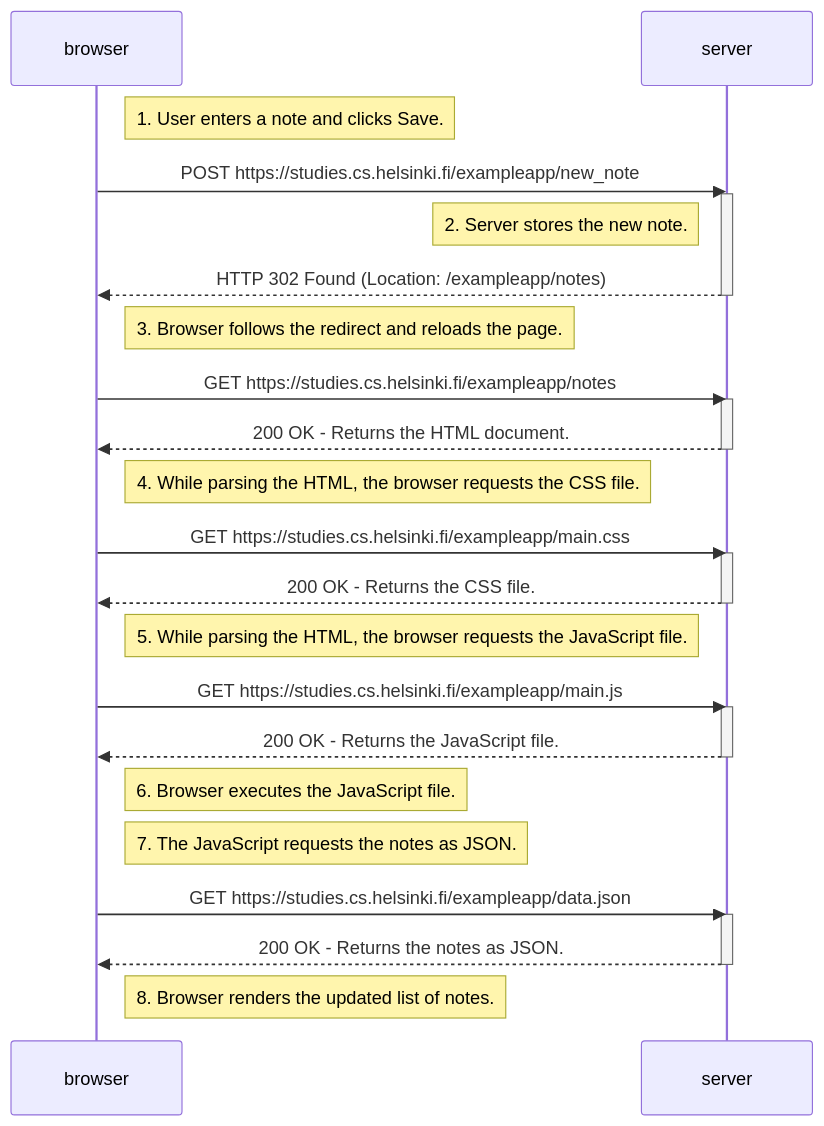
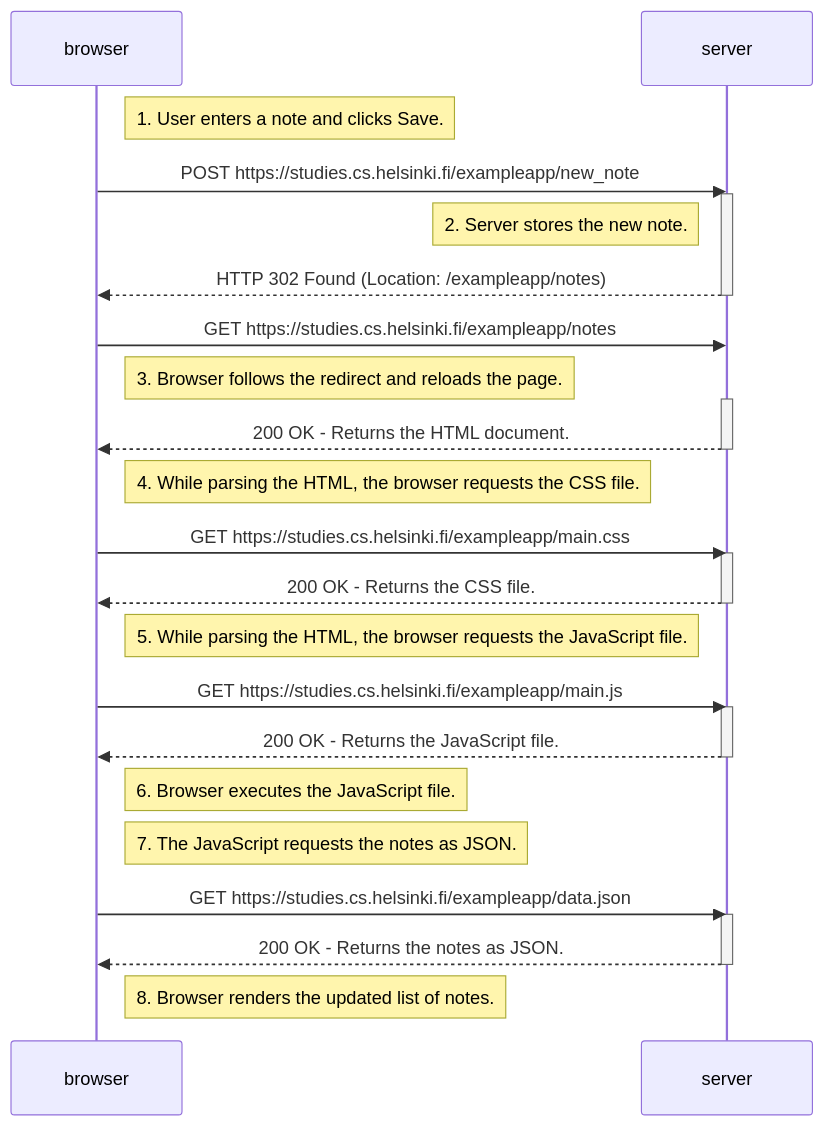
The diagram in osa0/0.4.md (DrFinger2/fullstackopen-2026), drawn with Mermaid before and after one commit.

````diff
--- a/osa0/0.4.md
+++ b/osa0/0.4.md
@@ -1,39 +1,40 @@
 ```mermaid
 sequenceDiagram
     participant browser
     participant server
 
     Note right of browser: 1. User enters a note and clicks Save.
     browser->>server: POST https://studies.cs.helsinki.fi/exampleapp/new_note
     activate server
     Note left of server: 2. Server stores the new note.
     server-->>browser: HTTP 302 Found (Location: /exampleapp/notes)
     deactivate server
 
+   
+    browser->>server: GET https://studies.cs.helsinki.fi/exampleapp/notes
     Note right of browser: 3. Browser follows the redirect and reloads the page.
-    browser->>server: GET https://studies.cs.helsinki.fi/exampleapp/notes
     activate server
     server-->>browser: 200 OK - Returns the HTML document.
     deactivate server
 
     Note right of browser: 4. While parsing the HTML, the browser requests the CSS file.
     browser->>server: GET https://studies.cs.helsinki.fi/exampleapp/main.css
     activate server
     server-->>browser: 200 OK - Returns the CSS file.
     deactivate server
 
     Note right of browser: 5. While parsing the HTML, the browser requests the JavaScript file.
     browser->>server: GET https://studies.cs.helsinki.fi/exampleapp/main.js
     activate server
     server-->>browser: 200 OK - Returns the JavaScript file.
     deactivate server
 
     Note right of browser: 6. Browser executes the JavaScript file.
     Note right of browser: 7. The JavaScript requests the notes as JSON.
     browser->>server: GET https://studies.cs.helsinki.fi/exampleapp/data.json
     activate server
     server-->>browser: 200 OK - Returns the notes as JSON.
     deactivate server
 
     Note right of browser: 8. Browser renders the updated list of notes.
 ```
````
